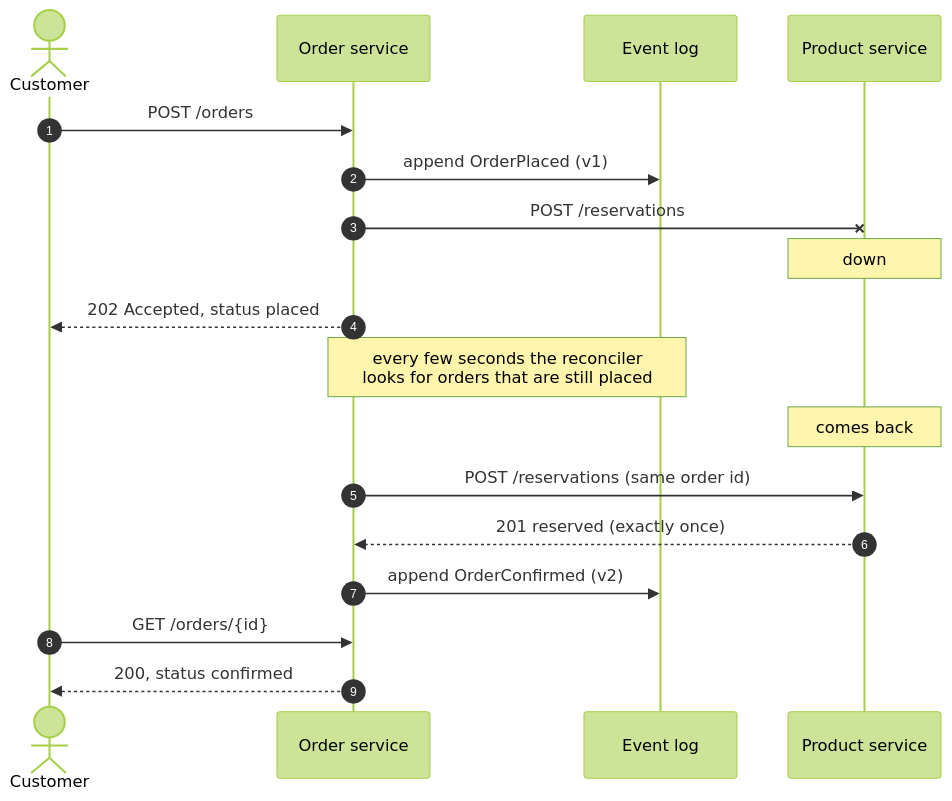
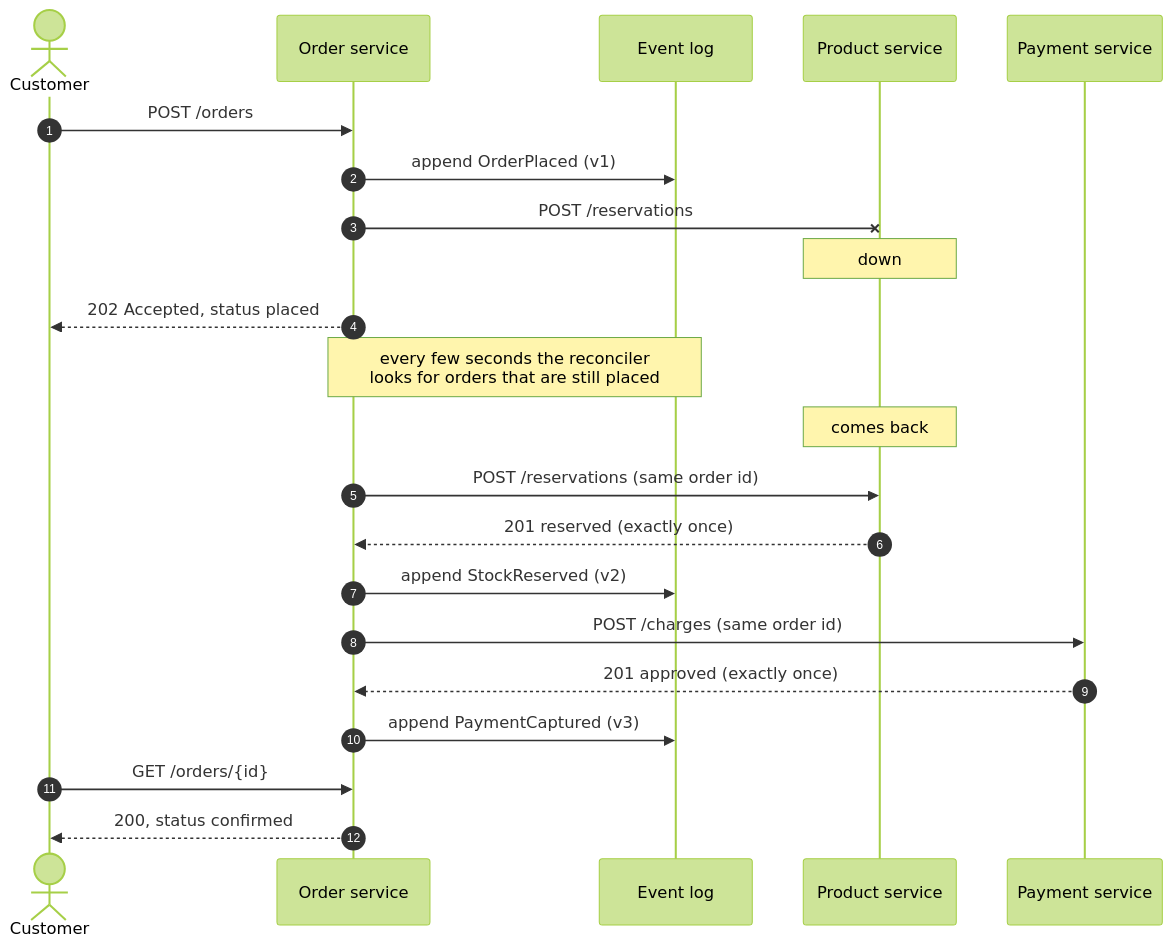
The diagram in docs/diagrams/outage.mmd (surabhis16/gocart), drawn with Mermaid (forest theme) before and after one commit. The commit also changed 76 other files, not shown here.

Commit message:
payment service

```diff
--- a/docs/diagrams/outage.mmd
+++ b/docs/diagrams/outage.mmd
@@ -1,20 +1,24 @@
 sequenceDiagram
     autonumber
     actor C as Customer
     participant O as Order service
     participant L as Event log
     participant P as Product service
+    participant Y as Payment service
 
     C->>O: POST /orders
     O->>L: append OrderPlaced (v1)
     O-xP: POST /reservations
     Note over P: down
     O-->>C: 202 Accepted, status placed
 
     Note over O,L: every few seconds the reconciler<br/>looks for orders that are still placed
     Note over P: comes back
     O->>P: POST /reservations  (same order id)
     P-->>O: 201 reserved (exactly once)
-    O->>L: append OrderConfirmed (v2)
+    O->>L: append StockReserved (v2)
+    O->>Y: POST /charges  (same order id)
+    Y-->>O: 201 approved (exactly once)
+    O->>L: append PaymentCaptured (v3)
     C->>O: GET /orders/{id}
     O-->>C: 200, status confirmed
```
